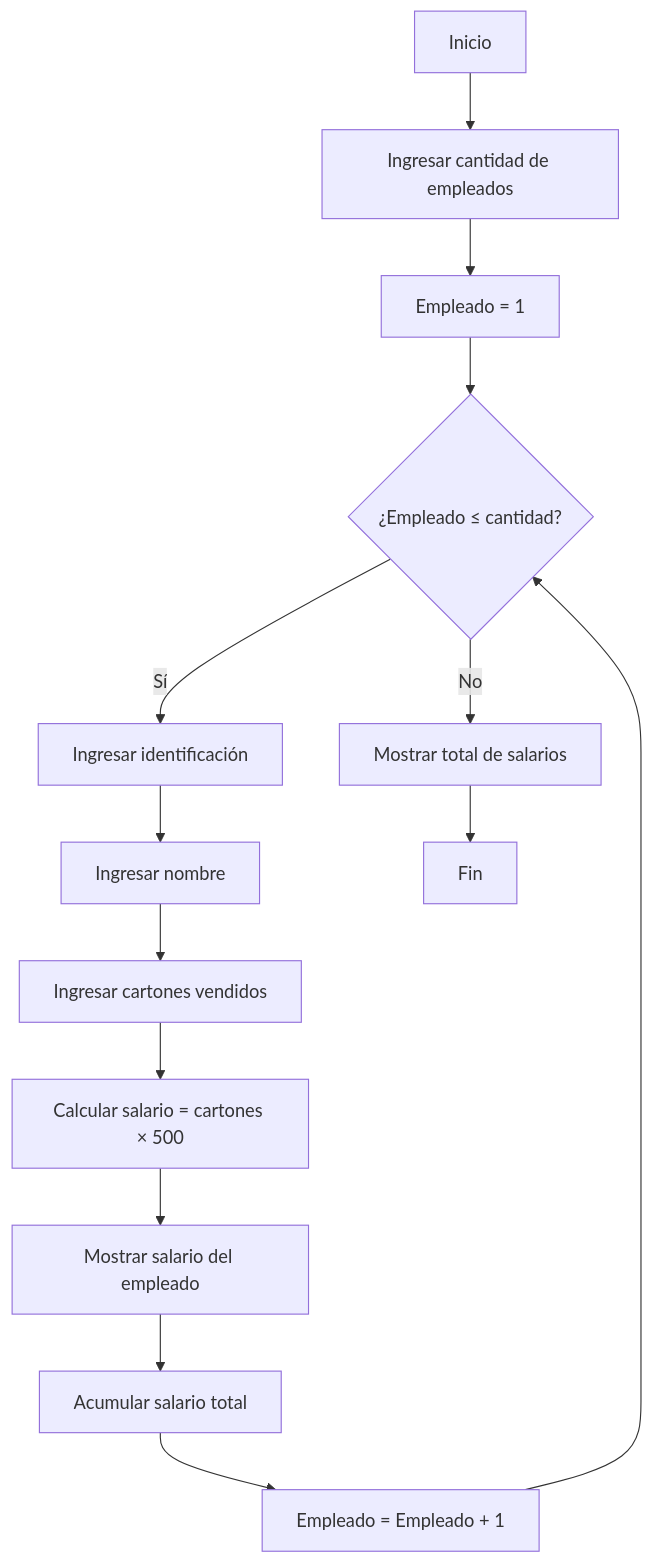
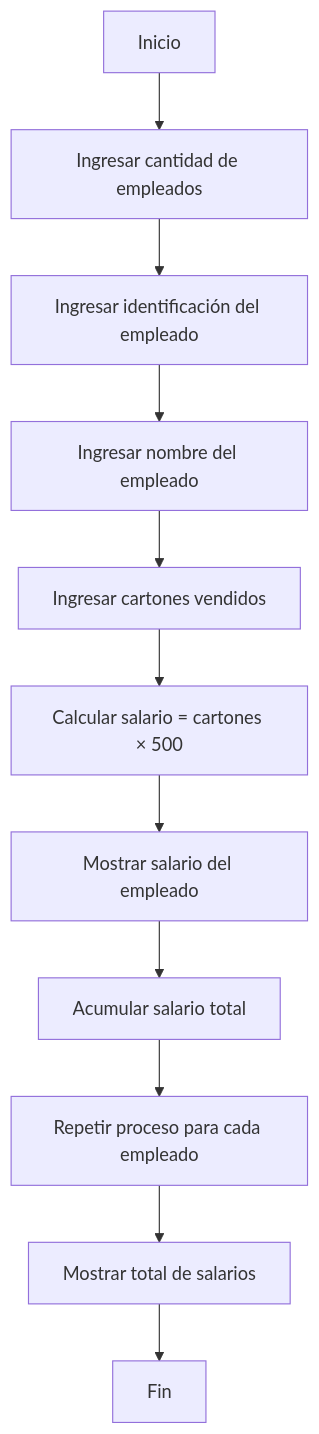
One commit to Saikopon/Hola-mundo changed the diagram in README.md. Above: the diagram before and after it, drawn with Mermaid.

````diff
--- a/README.md
+++ b/README.md
@@ -72,20 +72,19 @@
 ```mermaid
 flowchart TD
 
-A[Inicio] --> B[Ingresar cantidad de empleados]
-B --> C[Empleado = 1]
+A[Inicio]
+A --> B[Ingresar cantidad de empleados]
 
-C --> D{¿Empleado ≤ cantidad?}
+B --> C[Ingresar identificación del empleado]
+C --> D[Ingresar nombre del empleado]
+D --> E[Ingresar cartones vendidos]
 
-D -- Sí --> E[Ingresar identificación]
-E --> F[Ingresar nombre]
-F --> G[Ingresar cartones vendidos]
-G --> H[Calcular salario = cartones × 500]
-H --> I[Mostrar salario del empleado]
-I --> J[Acumular salario total]
-J --> K[Empleado = Empleado + 1]
-K --> D
+E --> F[Calcular salario = cartones × 500]
+F --> G[Mostrar salario del empleado]
 
-D -- No --> L[Mostrar total de salarios]
-L --> M[Fin]
+G --> H[Acumular salario total]
+H --> I[Repetir proceso para cada empleado]
+
+I --> J[Mostrar total de salarios]
+J --> K[Fin]
 ```
````
